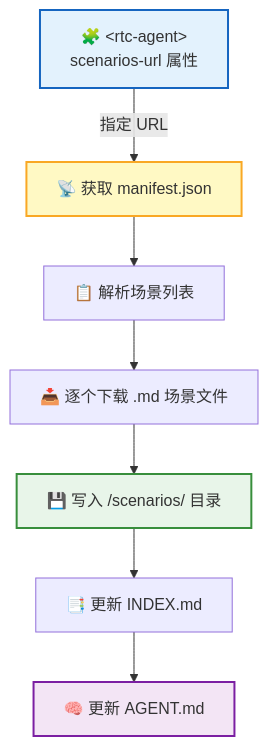
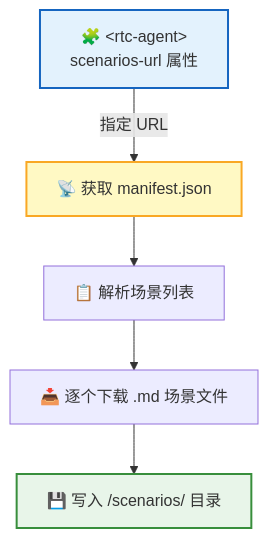
One commit to rtc-agent/docs changed the second of 5 diagrams in src/content/docs/integration/scenario-authoring.md. Above: the diagram before and after it, drawn with Mermaid. The commit also changed other lines of this file and 60 other files, not shown here.

First line of the commit message:
docs(site): refresh documentation with new sections and improved diagrams

````diff
--- a/src/content/docs/integration/scenario-authoring.md
+++ b/src/content/docs/integration/scenario-authoring.md
@@ -42,14 +42,11 @@
 ```mermaid
 flowchart TD
     A["🧩 &lt;rtc-agent&gt;<br/>scenarios-url 属性"] -->|"指定 URL"| B["📡 获取 manifest.json"]
     B --> C["📋 解析场景列表"]
     C --> D["📥 逐个下载 .md 场景文件"]
     D --> E["💾 写入 /scenarios/ 目录"]
-    E --> F["📑 更新 INDEX.md"]
-    F --> G["🧠 更新 AGENT.md"]
 
     style A fill:#e3f2fd,stroke:#1565c0,stroke-width:2px
     style B fill:#fff9c4,stroke:#f9a825,stroke-width:2px
     style E fill:#e8f5e9,stroke:#388e3c,stroke-width:2px
-    style G fill:#f3e5f5,stroke:#7b1fa2,stroke-width:2px
 ```
````
